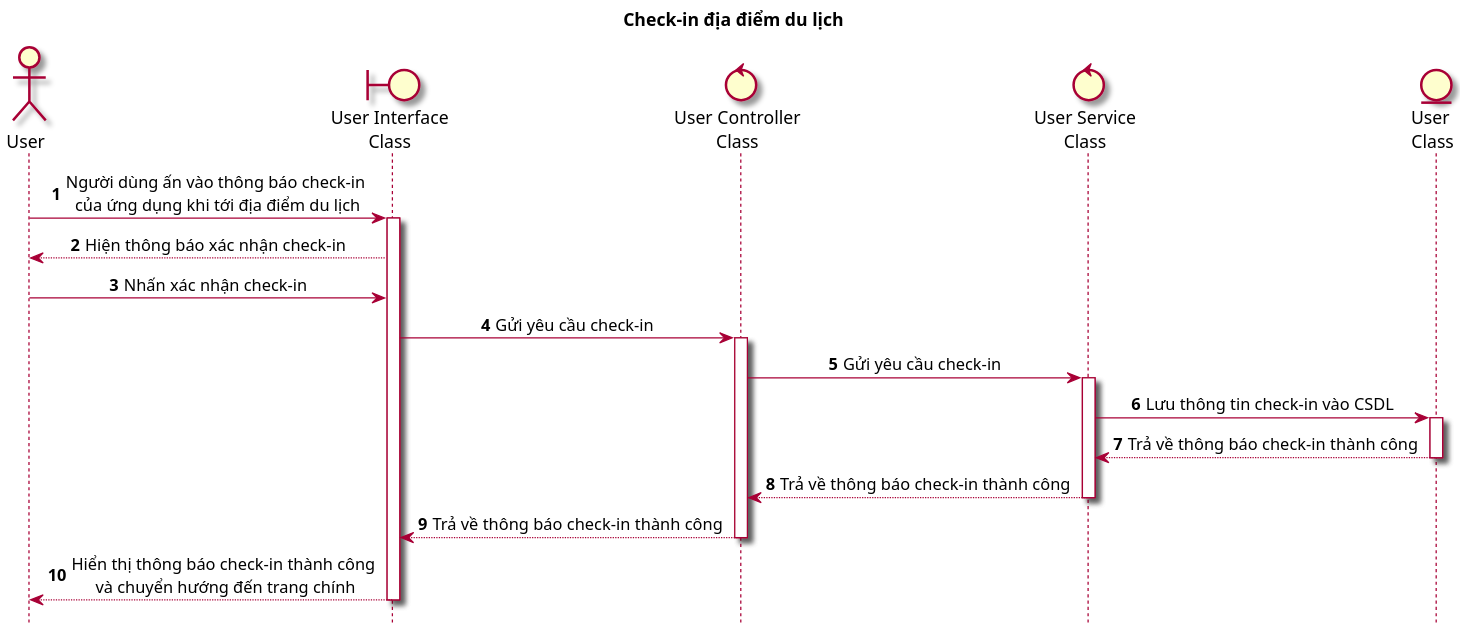
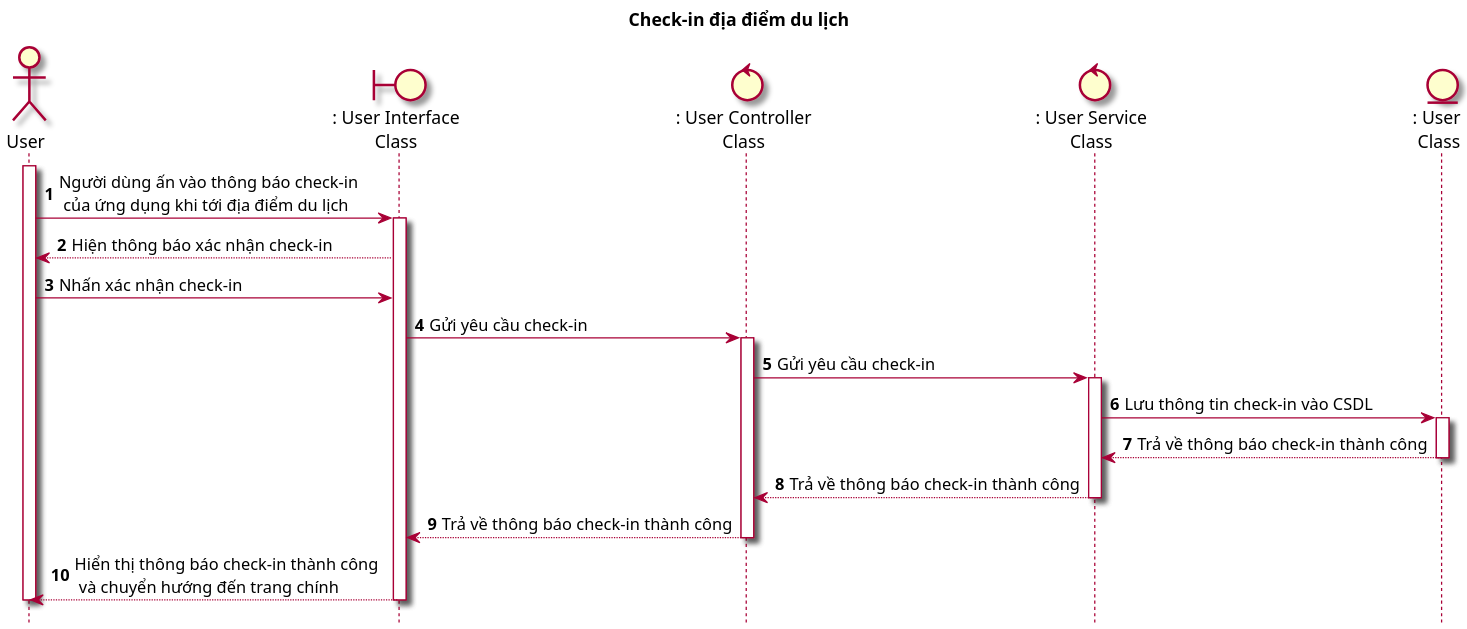
One commit to Griselda4774/WanderFun_Diagram changed the diagram in Sequence/SEQ08_CheckInPlace.puml. Above: the diagram before and after it, drawn with PlantUML. The commit also changed 16 other files, not shown here.

Commit message:
Reformatting all Seq Diagram

```diff
--- a/Sequence/SEQ08_CheckInPlace.puml
+++ b/Sequence/SEQ08_CheckInPlace.puml
@@ -1,36 +1,37 @@
 @startuml SEQ07_CheckInPlace
     title: Check-in địa điểm du lịch
 
     skin rose
     scale 2
-    skinparam sequenceMessageAlign center
     hide footbox
 
     actor "User" as user
-    boundary "User Interface\nClass" as ui
-    control "User Controller\nClass" as ctr
-    control "User Service\nClass" as sv
-    entity "User \nClass" as ent
+    boundary ": User Interface\nClass" as ui
+    control ": User Controller\nClass" as ctr
+    control ": User Service\nClass" as sv
+    entity ": User \nClass" as ent
 
     autonumber
 
+    user ++
     user -> ui: Người dùng ấn vào thông báo check-in\n của ứng dụng khi tới địa điểm du lịch
     ui ++
     ui --> user: Hiện thông báo xác nhận check-in
     user -> ui: Nhấn xác nhận check-in
     ui -> ctr: Gửi yêu cầu check-in
     ctr ++
     ctr -> sv: Gửi yêu cầu check-in
     sv ++
     sv -> ent: Lưu thông tin check-in vào CSDL
     ent ++
     ent --> sv: Trả về thông báo check-in thành công
     ent --
     sv --> ctr: Trả về thông báo check-in thành công
     sv --
     ctr --> ui: Trả về thông báo check-in thành công
     ctr--
     ui --> user: Hiển thị thông báo check-in thành công\n và chuyển hướng đến trang chính
     ui --
+    user --
 
 @enduml
```
